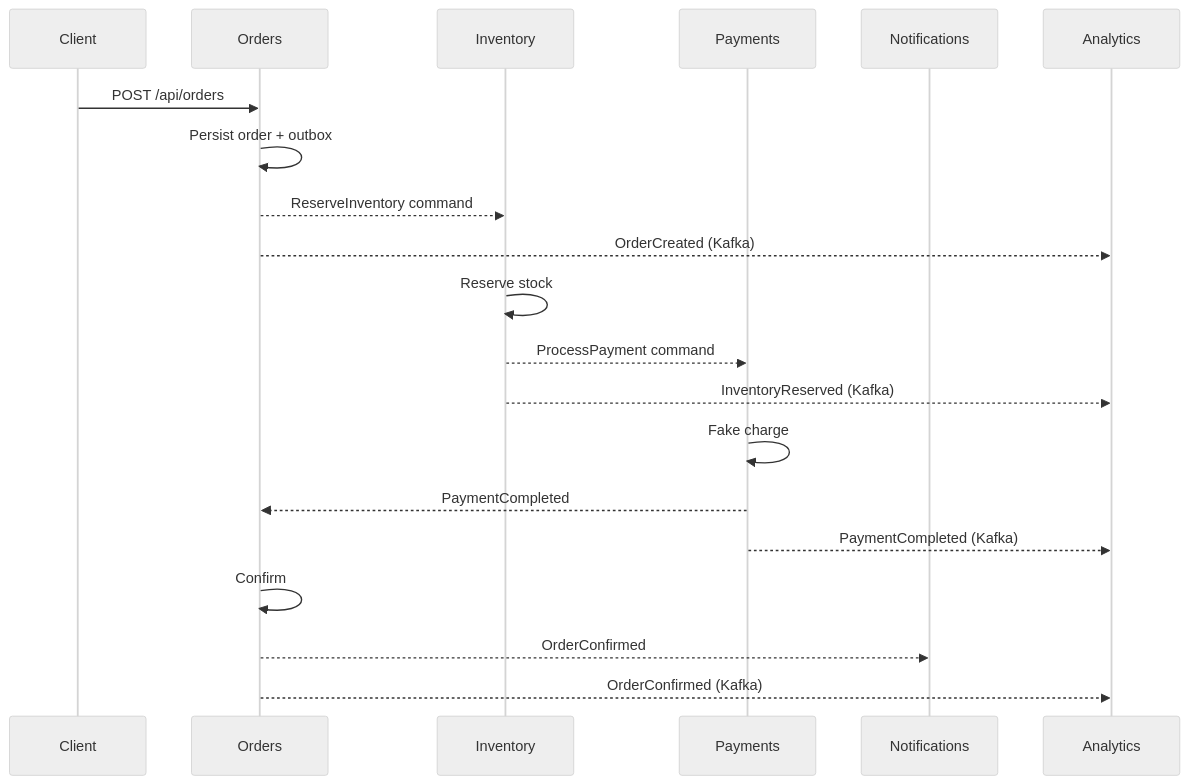
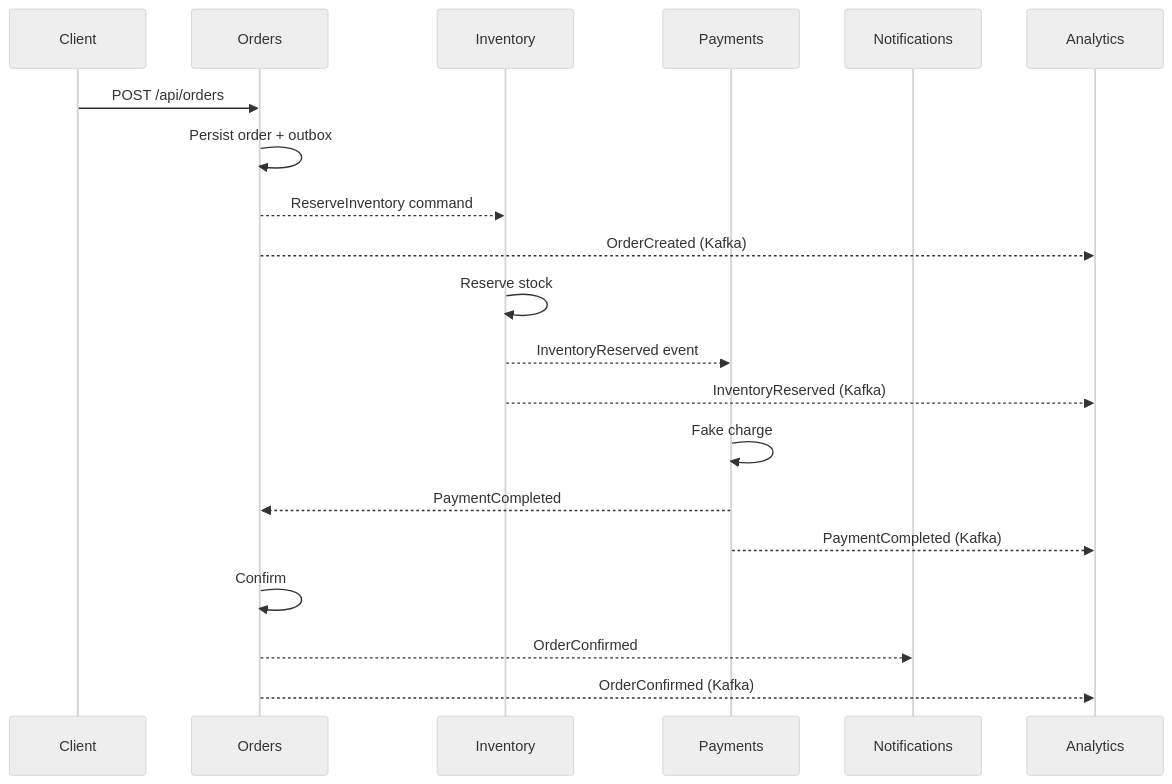
The second of 3 diagrams in docs/phase-2-event-driven.md (assem-khaleel-jimzawi/foodics-event-driven-platform), drawn with Mermaid (neutral theme) before and after one commit. The commit also changed other lines of this file and 3 other files, not shown here.

Commit message:
docs: align Phase 2 event flow documentation

````diff
--- a/docs/phase-2-event-driven.md
+++ b/docs/phase-2-event-driven.md
@@ -57,22 +57,22 @@
 ```mermaid
 sequenceDiagram
   participant C as Client
   participant O as Orders
   participant I as Inventory
   participant P as Payments
   participant N as Notifications
   participant A as Analytics
   C->>O: POST /api/orders
   O->>O: Persist order + outbox
   O-->>I: ReserveInventory command
   O-->>A: OrderCreated (Kafka)
   I->>I: Reserve stock
-  I-->>P: ProcessPayment command
+  I-->>P: InventoryReserved event
   I-->>A: InventoryReserved (Kafka)
   P->>P: Fake charge
   P-->>O: PaymentCompleted
   P-->>A: PaymentCompleted (Kafka)
   O->>O: Confirm
   O-->>N: OrderConfirmed
   O-->>A: OrderConfirmed (Kafka)
 ```
````
